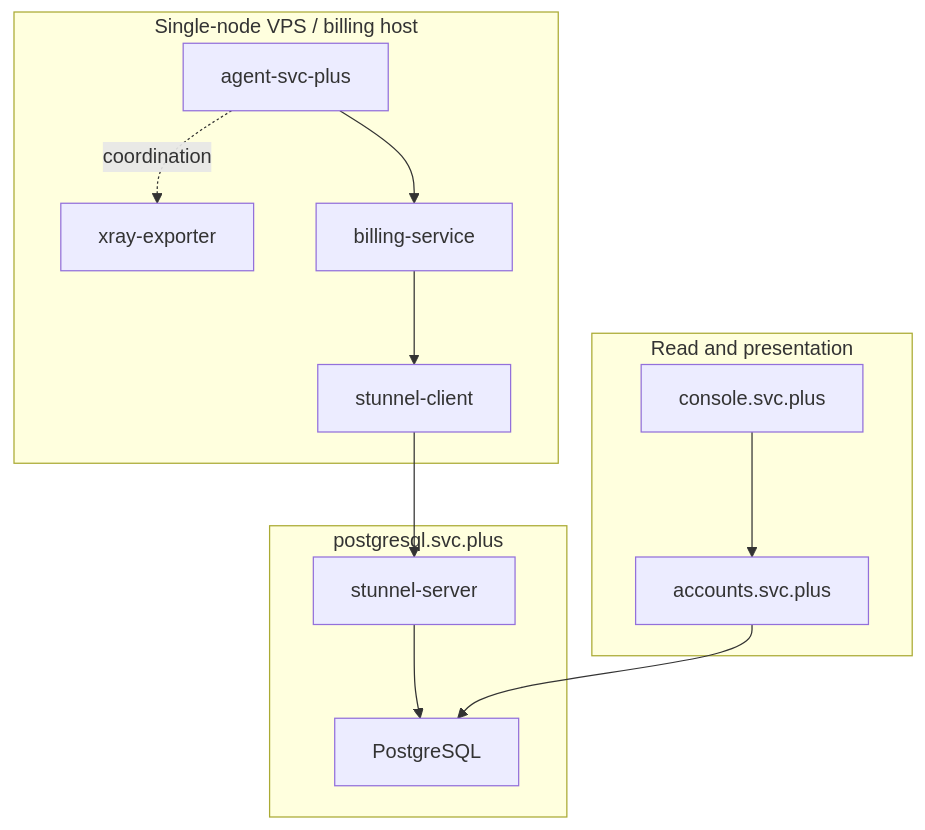
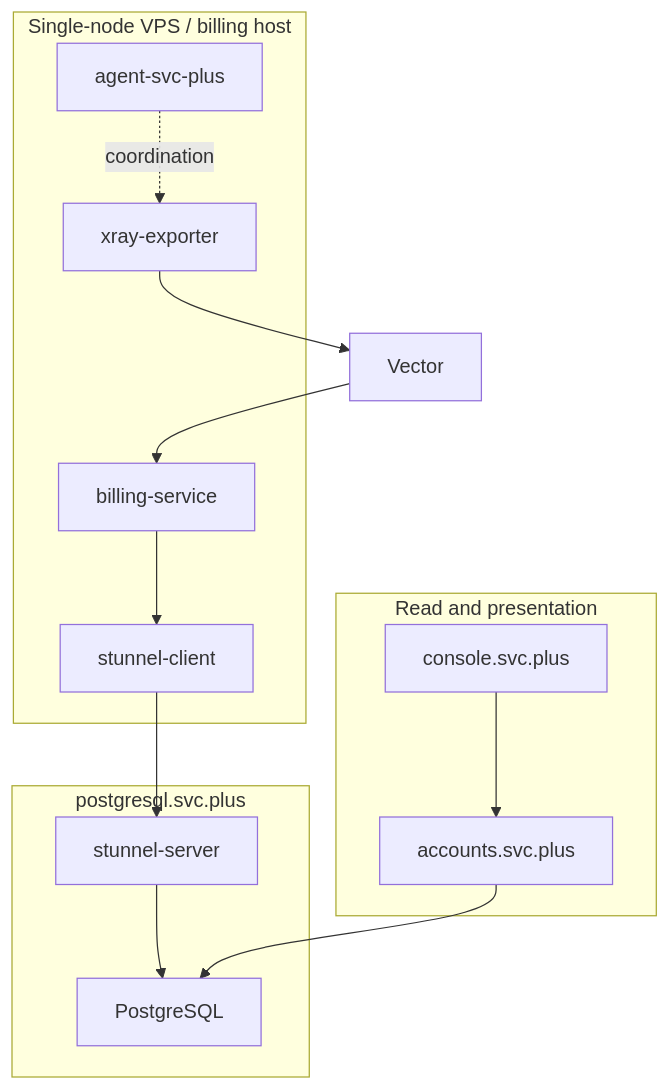
Before and after one commit to ai-workspace-services/billing-service: the first of 2 diagrams in docs/architecture.md, drawn with Mermaid. The commit also changed other lines of this file and 11 other files, not shown here.

Commit message:
feat: add Vector snapshot billing ingest

````diff
--- a/docs/architecture.md
+++ b/docs/architecture.md
@@ -16,27 +16,28 @@
 ```mermaid
 flowchart TB
   subgraph Node["Single-node VPS / billing host"]
     Agent["agent-svc-plus"]
     Exporter["xray-exporter"]
     Billing["billing-service"]
     StunnelClient["stunnel-client"]
   end
 
   subgraph DBHost["postgresql.svc.plus"]
     StunnelServer["stunnel-server"]
     PostgreSQL["PostgreSQL"]
   end
 
   subgraph ReadPath["Read and presentation"]
     Accounts["accounts.svc.plus"]
     Console["console.svc.plus"]
   end
 
-  Agent --> Billing
   Agent -. coordination .-> Exporter
+  Exporter --> Vector
+  Vector --> Billing
   Billing --> StunnelClient
   StunnelClient --> StunnelServer
   StunnelServer --> PostgreSQL
   Accounts --> PostgreSQL
   Console --> Accounts
 ```
````
